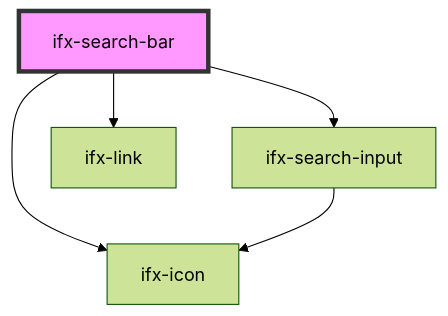
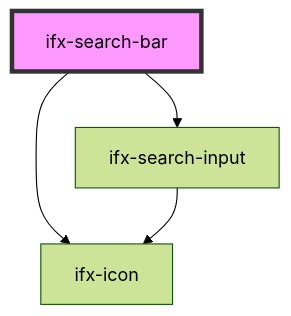
Before and after one commit to Infineon/infineon-design-system-stencil: the diagram in packages/components/src/components/search-bar/readme.md, drawn with Mermaid (forest theme). The commit also changed other lines of this file and 5 other files, not shown here.

Commit message:
search-bar without example apps

````diff
--- a/packages/components/src/components/search-bar/readme.md
+++ b/packages/components/src/components/search-bar/readme.md
@@ -36,8 +31,7 @@
 ```mermaid
 graph TD;
   ifx-search-bar --> ifx-search-input
   ifx-search-bar --> ifx-icon
-  ifx-search-bar --> ifx-link
   ifx-search-input --> ifx-icon
   style ifx-search-bar fill:#f9f,stroke:#333,stroke-width:4px
 ```
````
